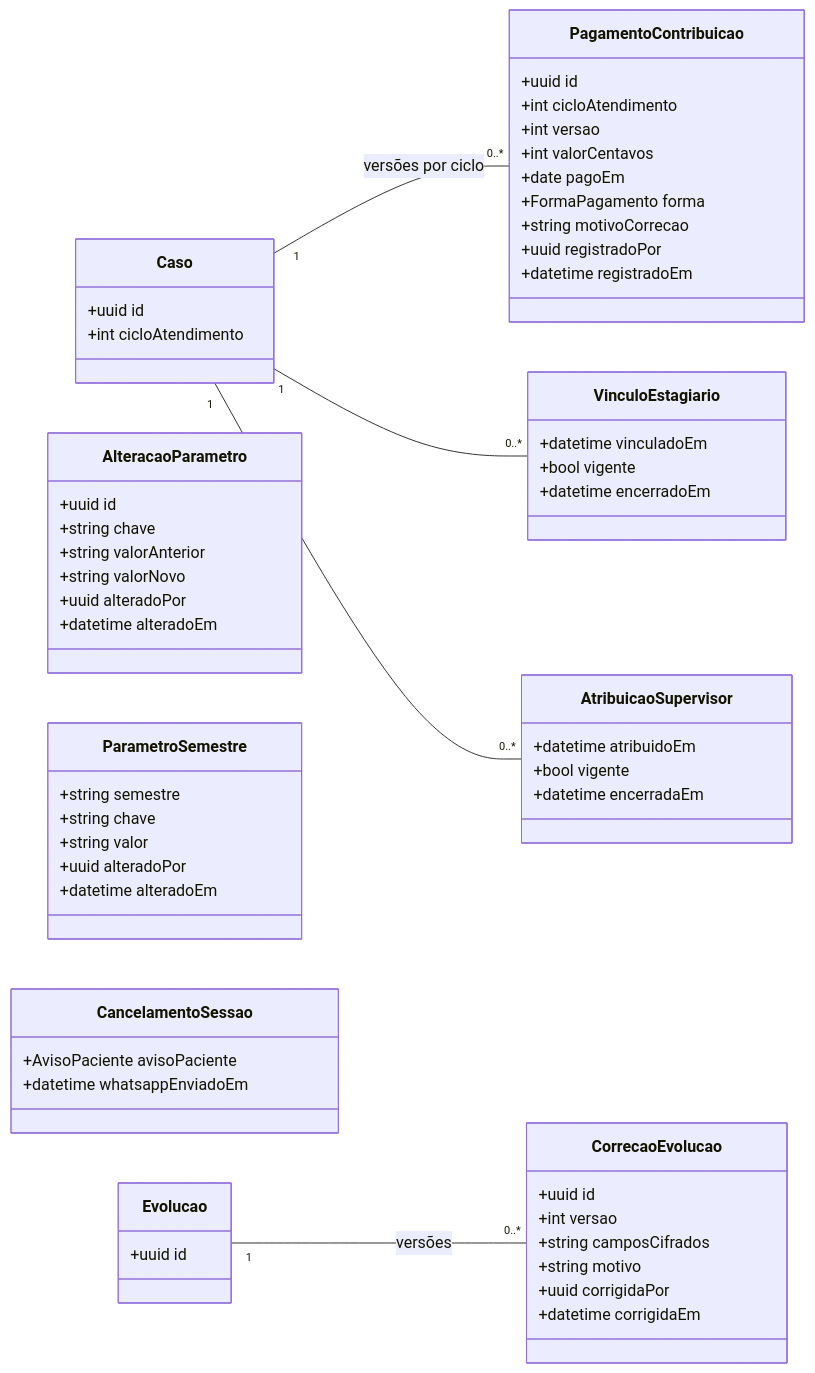
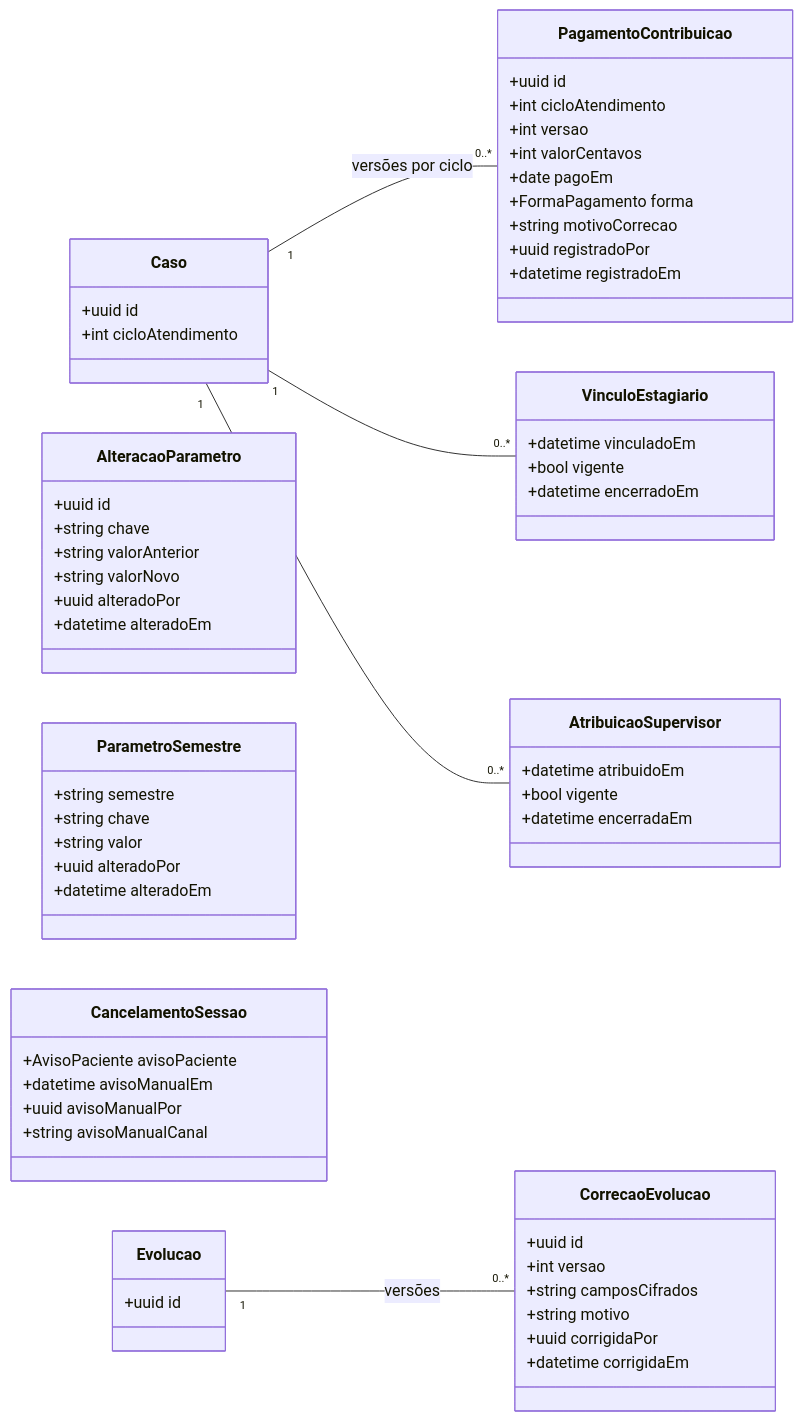
Before and after one commit to mdsreq-fga-unb/REQ-2026.2-T02-ClinicaEscolaFBr: the third of 45 diagrams in documentacao/docs/construcao/projeto-features.md, drawn with Mermaid. The commit also changed other lines of this file, not shown here.

````diff
--- a/documentacao/docs/construcao/projeto-features.md
+++ b/documentacao/docs/construcao/projeto-features.md
@@ -215,63 +215,65 @@
 ```mermaid
 classDiagram
     direction LR
     class Caso {
       +uuid id
       +int cicloAtendimento
     }
     class VinculoEstagiario {
       +datetime vinculadoEm
       +bool vigente
       +datetime encerradoEm
     }
     class AtribuicaoSupervisor {
       +datetime atribuidoEm
       +bool vigente
       +datetime encerradaEm
     }
     class PagamentoContribuicao {
       +uuid id
       +int cicloAtendimento
       +int versao
       +int valorCentavos
       +date pagoEm
       +FormaPagamento forma
       +string motivoCorrecao
       +uuid registradoPor
       +datetime registradoEm
     }
     class AlteracaoParametro {
       +uuid id
       +string chave
       +string valorAnterior
       +string valorNovo
       +uuid alteradoPor
       +datetime alteradoEm
     }
     class ParametroSemestre {
       +string semestre
       +string chave
       +string valor
       +uuid alteradoPor
       +datetime alteradoEm
     }
     class CorrecaoEvolucao {
       +uuid id
       +int versao
       +string camposCifrados
       +string motivo
       +uuid corrigidaPor
       +datetime corrigidaEm
     }
     class CancelamentoSessao {
       +AvisoPaciente avisoPaciente
-      +datetime whatsappEnviadoEm
+      +datetime avisoManualEm
+      +uuid avisoManualPor
+      +string avisoManualCanal
     }
     class Evolucao {
       +uuid id
     }
     Caso "1" -- "0..*" PagamentoContribuicao : versões por ciclo
     Caso "1" -- "0..*" VinculoEstagiario
     Caso "1" -- "0..*" AtribuicaoSupervisor
     Evolucao "1" -- "0..*" CorrecaoEvolucao : versões
 ```
````
